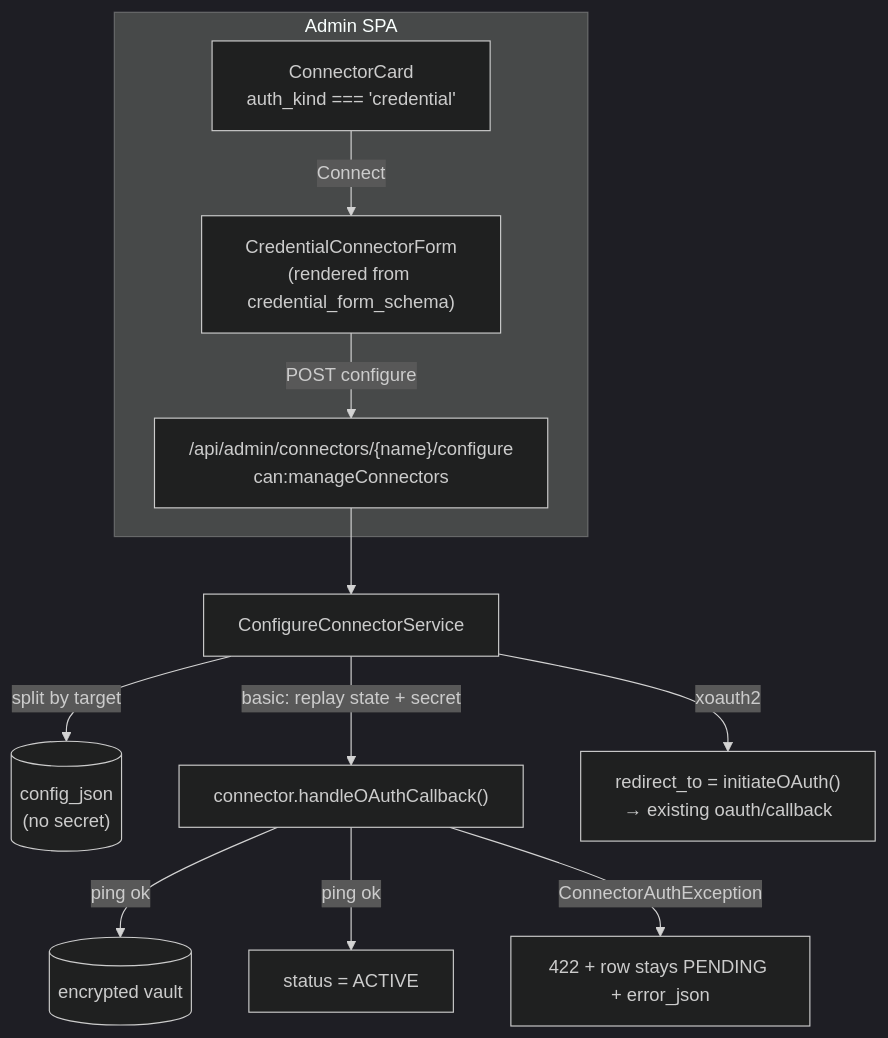
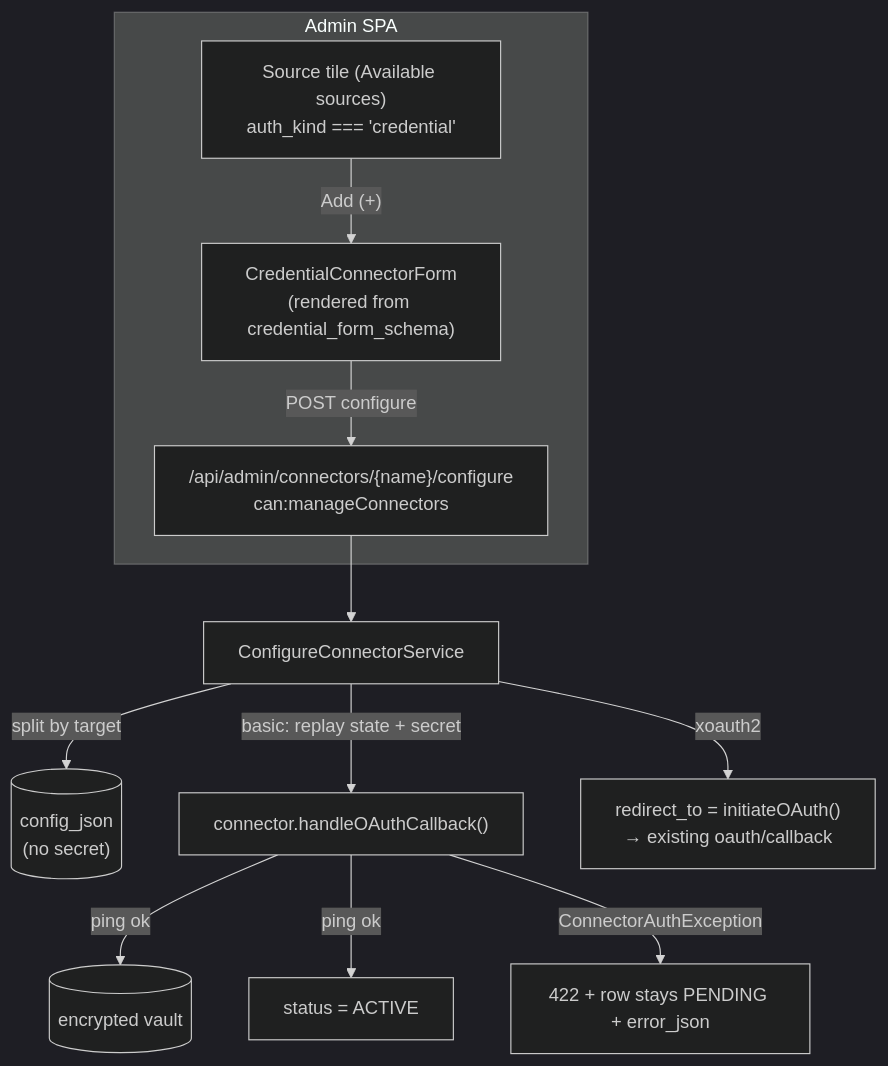
Before and after one commit to lopadova/AskMyDocs: the first of 2 diagrams in docs-site/connectors-credential.mdx, drawn with Mermaid (dark theme). The commit also changed other lines of this file and 43 other files, not shown here.

````diff
--- a/docs-site/connectors-credential.mdx
+++ b/docs-site/connectors-credential.mdx
@@ -64,14 +64,14 @@
 ```mermaid
 flowchart TD
     subgraph FE[Admin SPA]
-      CARD["ConnectorCard<br/>auth_kind === 'credential'"] -->|Connect| MODAL["CredentialConnectorForm<br/>(rendered from credential_form_schema)"]
+      TILE["Source tile (Available sources)<br/>auth_kind === 'credential'"] -->|"Add (+)"| MODAL["CredentialConnectorForm<br/>(rendered from credential_form_schema)"]
       MODAL -->|POST configure| API
     end
     API["/api/admin/connectors/{name}/configure<br/>can:manageConnectors"] --> SVC["ConfigureConnectorService"]
     SVC -->|split by target| CFG[("config_json<br/>(no secret)")]
     SVC -->|basic: replay state + secret| HOC["connector.handleOAuthCallback()"]
     HOC -->|ping ok| VAULT[("encrypted vault")]
     HOC -->|ping ok| ACTIVE["status = ACTIVE"]
     HOC -->|ConnectorAuthException| P422["422 + row stays PENDING + error_json"]
     SVC -->|xoauth2| REDIR["redirect_to = initiateOAuth()<br/>→ existing oauth/callback"]
 ```
````
